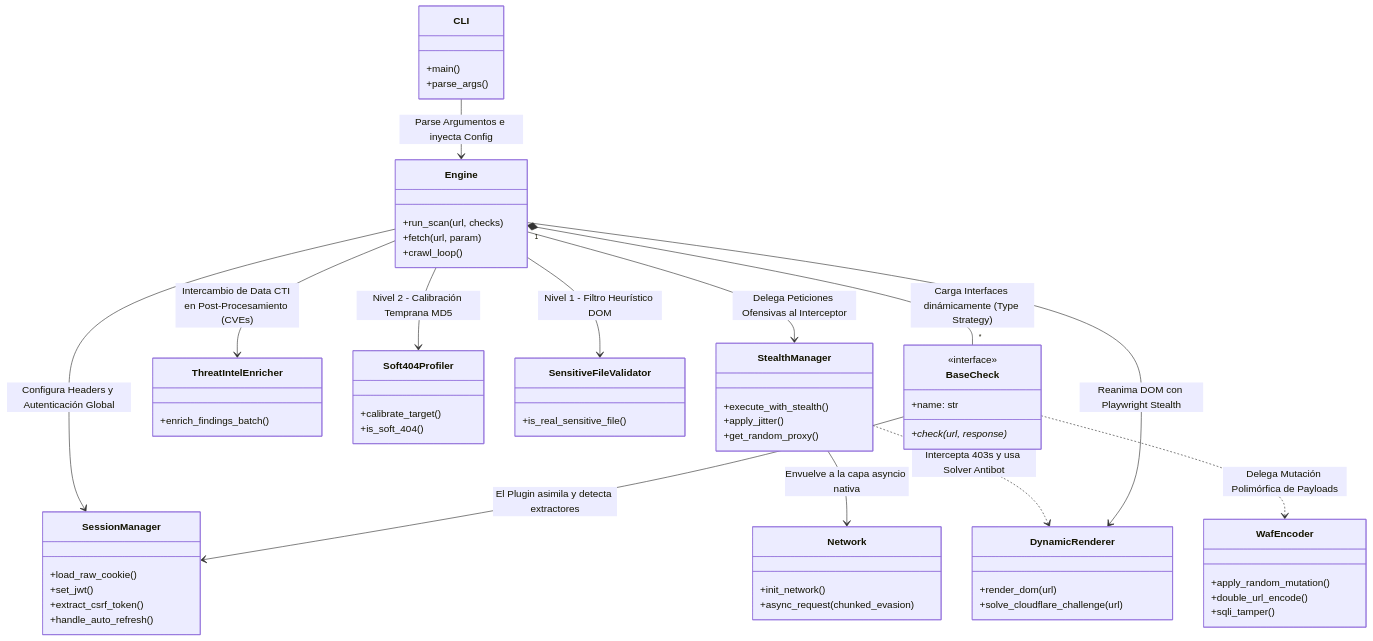
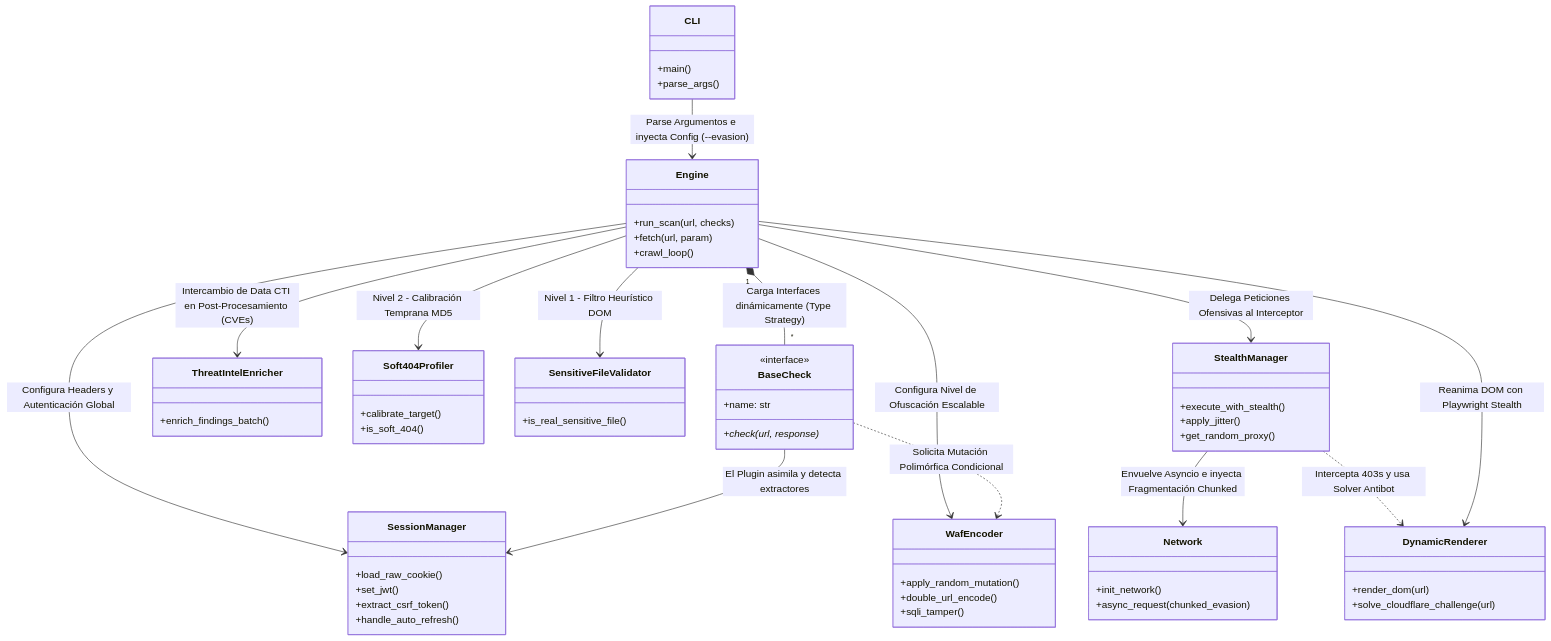
One commit to George230297/WebVulnScanner changed the diagram in README.md. Above: the diagram before and after it, drawn with Mermaid. The commit also changed other lines of this file and 39 other files, not shown here.

````diff
--- a/README.md
+++ b/README.md
@@ -131,64 +143,65 @@
 ```mermaid
 classDiagram
     class CLI {
         +main()
         +parse_args()
     }
     class Engine {
         +run_scan(url, checks)
         +fetch(url, param)
         +crawl_loop()
     }
     class StealthManager {
         +execute_with_stealth()
         +apply_jitter()
         +get_random_proxy()
     }
     class SessionManager {
         +load_raw_cookie()
         +set_jwt()
         +extract_csrf_token()
         +handle_auto_refresh()
     }
     class Network {
         +init_network()
         +async_request(chunked_evasion)
     }
     class DynamicRenderer {
         +render_dom(url)
         +solve_cloudflare_challenge(url)
     }
     class ThreatIntelEnricher {
         +enrich_findings_batch()
     }
     class Soft404Profiler {
         +calibrate_target()
         +is_soft_404()
     }
     class SensitiveFileValidator {
         +is_real_sensitive_file()
     }
     class BaseCheck {
         <<interface>>
         +name: str
         +check(url, response)*
     }
     class WafEncoder {
         +apply_random_mutation()
         +double_url_encode()
         +sqli_tamper()
     }
 
-    CLI --> Engine : Parse Argumentos e inyecta Config
+    CLI --> Engine : Parse Argumentos e inyecta Config (--evasion)
     Engine --> SessionManager : Configura Headers y Autenticación Global
+    Engine --> WafEncoder : Configura Nivel de Ofuscación Escalable
     Engine --> SensitiveFileValidator : Nivel 1 - Filtro Heurístico DOM
     Engine --> Soft404Profiler : Nivel 2 - Calibración Temprana MD5
     Engine --> StealthManager : Delega Peticiones Ofensivas al Interceptor
-    StealthManager --> Network : Envuelve a la capa asyncio nativa  
+    StealthManager --> Network : Envuelve Asyncio e inyecta Fragmentación Chunked
     StealthManager ..> DynamicRenderer : Intercepta 403s y usa Solver Antibot
     Engine --> DynamicRenderer : Reanima DOM con Playwright Stealth
     Engine "1" *-- "*" BaseCheck : Carga Interfaces dinámicamente (Type Strategy)
     BaseCheck --> SessionManager : El Plugin asimila y detecta extractores
-    BaseCheck ..> WafEncoder : Delega Mutación Polimórfica de Payloads
+    BaseCheck ..> WafEncoder : Solicita Mutación Polimórfica Condicional
     Engine --> ThreatIntelEnricher : Intercambio de Data CTI en Post-Procesamiento (CVEs)
 ```
````
